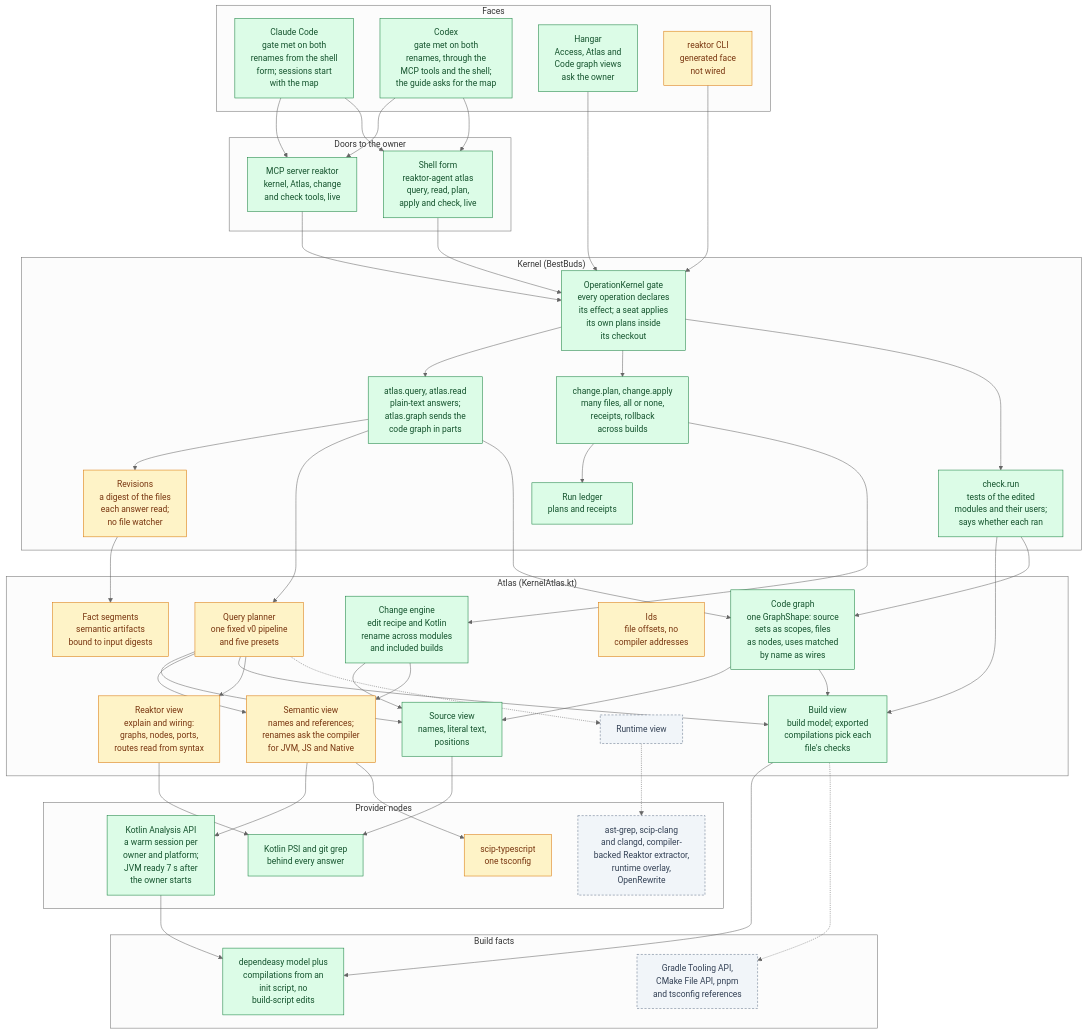
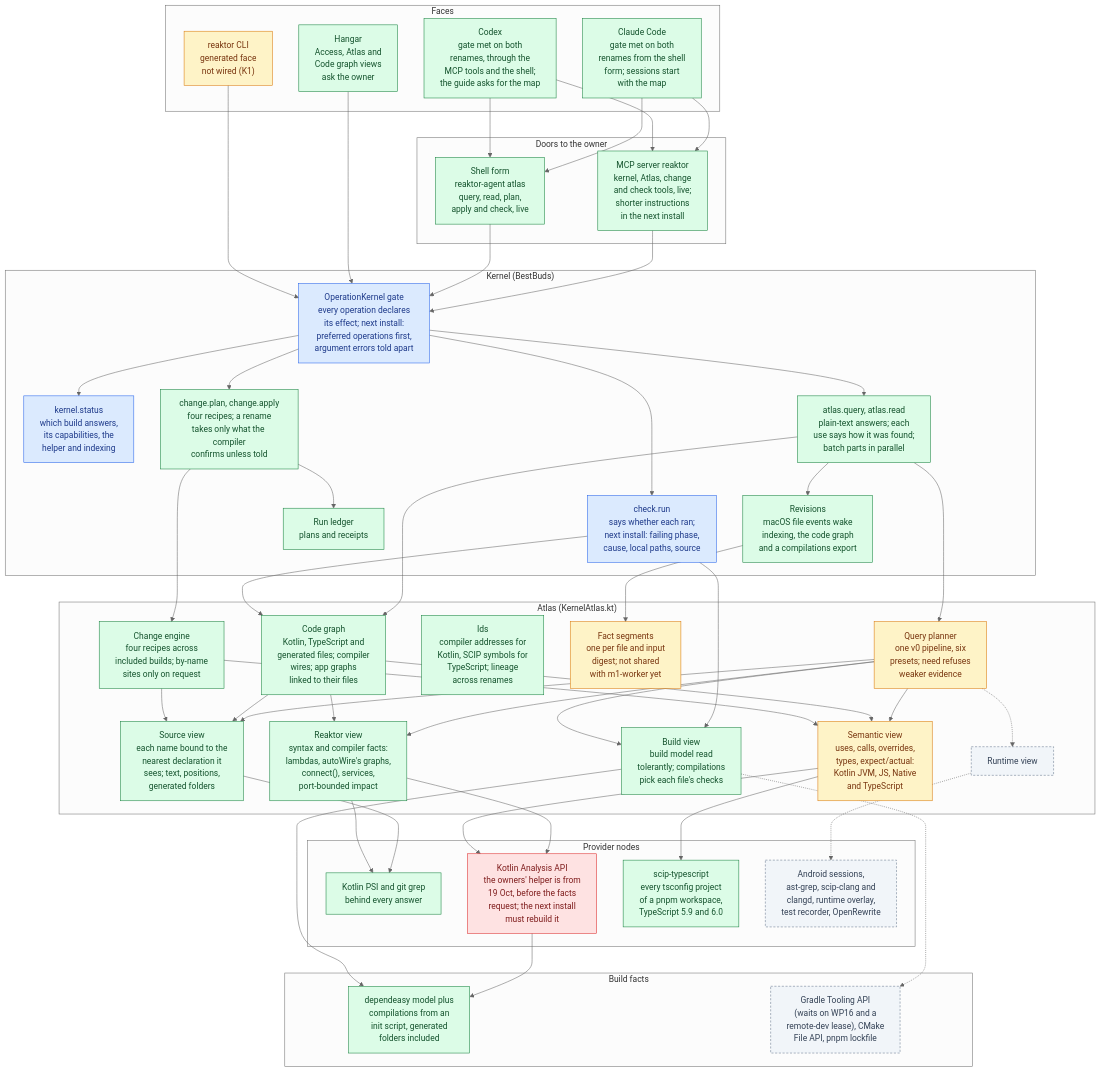
The first of 5 diagrams in plans/atlas-hld.md (shibasis0801/reaktor), drawn with Mermaid (neutral theme) before and after one commit. The commit also changed other lines of this file, not shown here.

First line of the commit message:
Record the Codex review of the tooling layer and keep the four states of each part apart

````diff
--- a/plans/atlas-hld.md
+++ b/plans/atlas-hld.md
@@ -24,41 +24,42 @@
         claude["Claude Code<br/>gate met on both<br/>renames from the shell<br/>form; sessions start<br/>with the map"]
         codex["Codex<br/>gate met on both<br/>renames, through the<br/>MCP tools and the shell;<br/>the guide asks for the map"]
         hangar["Hangar<br/>Access, Atlas and<br/>Code graph views<br/>ask the owner"]
-        cli["reaktor CLI<br/>generated face<br/>not wired"]
+        cli["reaktor CLI<br/>generated face<br/>not wired (K1)"]
     end
     subgraph doors["Doors to the owner"]
-        mcp["MCP server reaktor<br/>kernel, Atlas, change<br/>and check tools, live"]
+        mcp["MCP server reaktor<br/>kernel, Atlas, change<br/>and check tools, live;<br/>shorter instructions<br/>in the next install"]
         shell["Shell form<br/>reaktor-agent atlas<br/>query, read, plan,<br/>apply and check, live"]
     end
     subgraph kernelBox["Kernel (BestBuds)"]
-        gate["OperationKernel gate<br/>every operation declares<br/>its effect; a seat applies<br/>its own plans inside<br/>its checkout"]
-        atlasOps["atlas.query, atlas.read<br/>plain-text answers;<br/>atlas.graph sends the<br/>code graph in parts"]
-        changeOps["change.plan, change.apply<br/>many files, all or none,<br/>receipts, rollback<br/>across builds"]
-        checkRun["check.run<br/>tests of the edited<br/>modules and their users;<br/>says whether each ran"]
+        gate["OperationKernel gate<br/>every operation declares<br/>its effect; next install:<br/>preferred operations first,<br/>argument errors told apart"]
+        status["kernel.status<br/>which build answers,<br/>its capabilities, the<br/>helper and indexing"]
+        atlasOps["atlas.query, atlas.read<br/>plain-text answers; each<br/>use says how it was found;<br/>batch parts in parallel"]
+        changeOps["change.plan, change.apply<br/>four recipes; a rename<br/>takes only what the compiler<br/>confirms unless told"]
+        checkRun["check.run<br/>says whether each ran;<br/>next install: failing phase,<br/>cause, local paths, source"]
         ledger["Run ledger<br/>plans and receipts"]
-        revisions["Revisions<br/>a digest of the files<br/>each answer read;<br/>no file watcher"]
+        revisions["Revisions<br/>macOS file events wake<br/>indexing, the code graph<br/>and a compilations export"]
     end
     subgraph atlasBox["Atlas (KernelAtlas.kt)"]
-        planner["Query planner<br/>one fixed v0 pipeline<br/>and five presets"]
-        engine["Change engine<br/>edit recipe and Kotlin<br/>rename across modules<br/>and included builds"]
-        identity["Ids<br/>file offsets, no<br/>compiler addresses"]
-        segments["Fact segments<br/>semantic artifacts<br/>bound to input digests"]
-        sourceView["Source view<br/>names, literal text,<br/>positions"]
-        semanticView["Semantic view<br/>names and references;<br/>renames ask the compiler<br/>for JVM, JS and Native"]
-        buildView["Build view<br/>build model; exported<br/>compilations pick each<br/>file's checks"]
-        codeView["Code graph<br/>one GraphShape: source<br/>sets as scopes, files<br/>as nodes, uses matched<br/>by name as wires"]
-        reaktorView["Reaktor view<br/>explain and wiring:<br/>graphs, nodes, ports,<br/>routes read from syntax"]
+        planner["Query planner<br/>one v0 pipeline, six<br/>presets; need refuses<br/>weaker evidence"]
+        engine["Change engine<br/>four recipes across<br/>included builds; by-name<br/>sites only on request"]
+        identity["Ids<br/>compiler addresses for<br/>Kotlin, SCIP symbols for<br/>TypeScript; lineage<br/>across renames"]
+        segments["Fact segments<br/>one per file and input<br/>digest; not shared<br/>with m1-worker yet"]
+        sourceView["Source view<br/>each name bound to the<br/>nearest declaration it<br/>sees; text, positions,<br/>generated folders"]
+        semanticView["Semantic view<br/>uses, calls, overrides,<br/>types, expect/actual:<br/>Kotlin JVM, JS, Native<br/>and TypeScript"]
+        buildView["Build view<br/>build model read<br/>tolerantly; compilations<br/>pick each file's checks"]
+        codeView["Code graph<br/>Kotlin, TypeScript and<br/>generated files; compiler<br/>wires; app graphs<br/>linked to their files"]
+        reaktorView["Reaktor view<br/>syntax and compiler facts:<br/>lambdas, autoWire's graphs,<br/>connect(), services,<br/>port-bounded impact"]
         laterViews["Runtime view"]
     end
     subgraph providers["Provider nodes"]
         psi["Kotlin PSI and git grep<br/>behind every answer"]
-        kaa["Kotlin Analysis API<br/>a warm session per<br/>owner and platform;<br/>JVM ready 7 s after<br/>the owner starts"]
-        ts["scip-typescript<br/>one tsconfig"]
-        laterProviders["ast-grep, scip-clang<br/>and clangd, compiler-<br/>backed Reaktor extractor,<br/>runtime overlay,<br/>OpenRewrite"]
+        kaa["Kotlin Analysis API<br/>the owners' helper is from<br/>19 Oct, before the facts<br/>request; the next install<br/>must rebuild it"]
+        ts["scip-typescript<br/>every tsconfig project<br/>of a pnpm workspace,<br/>TypeScript 5.9 and 6.0"]
+        laterProviders["Android sessions,<br/>ast-grep, scip-clang and<br/>clangd, runtime overlay,<br/>test recorder, OpenRewrite"]
     end
     subgraph buildFacts["Build facts"]
-        dep["dependeasy model plus<br/>compilations from an<br/>init script, no<br/>build-script edits"]
-        laterBuild["Gradle Tooling API,<br/>CMake File API, pnpm<br/>and tsconfig references"]
+        dep["dependeasy model plus<br/>compilations from an<br/>init script, generated<br/>folders included"]
+        laterBuild["Gradle Tooling API<br/>(waits on WP16 and a<br/>remote-dev lease), CMake<br/>File API, pnpm lockfile"]
     end
     claude --> mcp
     claude --> shell
@@ -71,6 +72,7 @@
     gate --> atlasOps
     gate --> changeOps
     gate --> checkRun
+    gate --> status
     changeOps --> ledger
     atlasOps --> revisions
     atlasOps --> planner
@@ -88,11 +90,13 @@
     planner --> reaktorView
     planner -.-> laterViews
     codeView --> sourceView
-    codeView --> buildView
+    codeView --> semanticView
+    codeView --> reaktorView
     engine --> sourceView
     engine --> semanticView
     sourceView --> psi
     reaktorView --> psi
+    reaktorView --> kaa
     semanticView --> kaa
     semanticView --> ts
     kaa --> dep
@@ -102,10 +106,13 @@
     psi ~~~ dep
     ts ~~~ laterBuild
     classDef live fill:#DCFCE7,stroke:#15803D,color:#14532D
+    classDef ready fill:#DBEAFE,stroke:#2563EB,color:#1E3A8A
     classDef partial fill:#FEF3C7,stroke:#D97706,color:#78350F
     classDef problem fill:#FEE2E2,stroke:#DC2626,color:#7F1D1D
     classDef later fill:#F1F5F9,stroke:#64748B,color:#334155,stroke-dasharray: 4 3
-    class claude,codex,hangar,mcp,shell,gate,atlasOps,changeOps,checkRun,ledger,engine,sourceView,buildView,codeView,psi,kaa,dep live
-    class cli,revisions,planner,identity,segments,semanticView,reaktorView,ts partial
+    class claude,codex,hangar,mcp,shell,atlasOps,changeOps,ledger,revisions,engine,identity,sourceView,buildView,codeView,reaktorView,psi,ts,dep live
+    class gate,status,checkRun ready
+    class cli,planner,segments,semanticView partial
+    class kaa problem
     class laterViews,laterProviders,laterBuild later
 ```
````
